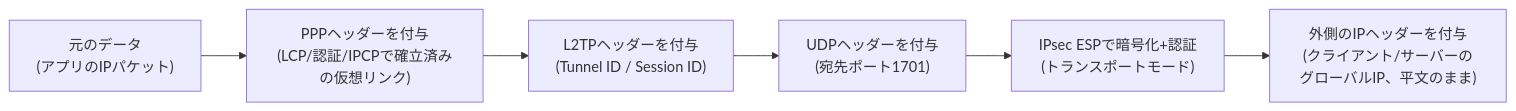
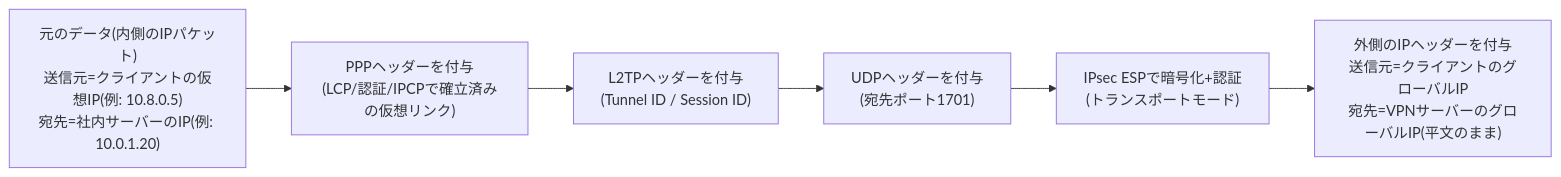
One commit to koikoi1998/koikoi-blog-20260723 changed the second of 4 diagrams in src/content/articles/l2tp-ipsec-guide.md. Above: the diagram before and after it, drawn with Mermaid. The commit also changed other lines of this file, not shown here.

````diff
--- a/src/content/articles/l2tp-ipsec-guide.md
+++ b/src/content/articles/l2tp-ipsec-guide.md
@@ -54,8 +54,8 @@
 ```mermaid
 graph LR
-    Data["元のデータ<br/>(アプリのIPパケット)"] --> PPP["PPPヘッダーを付与<br/>(LCP/認証/IPCPで確立済みの仮想リンク)"]
+    Data["元のデータ(内側のIPパケット)<br/>送信元=クライアントの仮想IP(例: 10.8.0.5)<br/>宛先=社内サーバーのIP(例: 10.0.1.20)"] --> PPP["PPPヘッダーを付与<br/>(LCP/認証/IPCPで確立済みの仮想リンク)"]
     PPP --> L2TPH["L2TPヘッダーを付与<br/>(Tunnel ID / Session ID)"]
     L2TPH --> UDP1701["UDPヘッダーを付与<br/>(宛先ポート1701)"]
     UDP1701 --> ESP["IPsec ESPで暗号化+認証<br/>(トランスポートモード)"]
-    ESP --> OuterIP["外側のIPヘッダーを付与<br/>(クライアント/サーバーのグローバルIP、平文のまま)"]
+    ESP --> OuterIP["外側のIPヘッダーを付与<br/>送信元=クライアントのグローバルIP<br/>宛先=VPNサーバーのグローバルIP(平文のまま)"]
 ```
````
